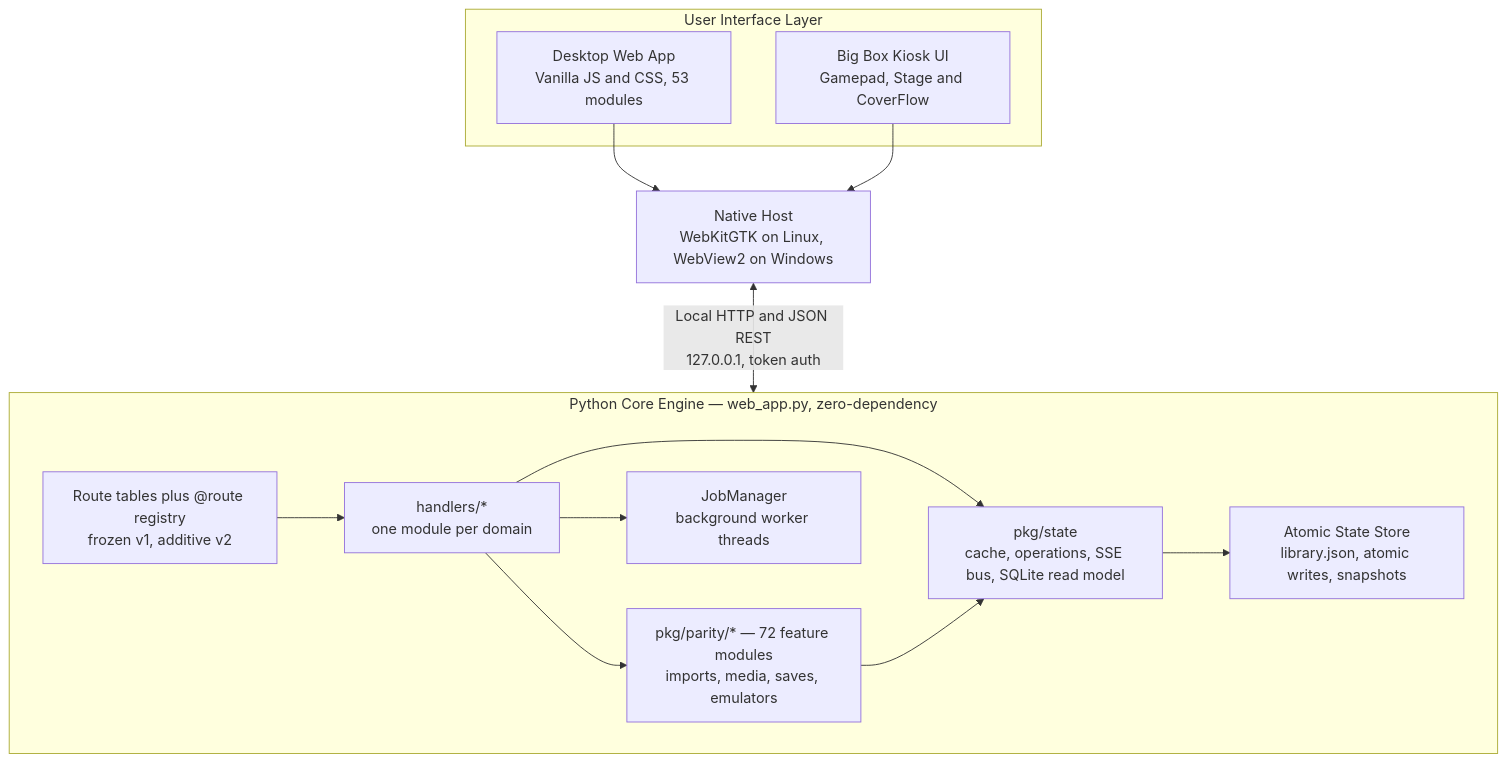
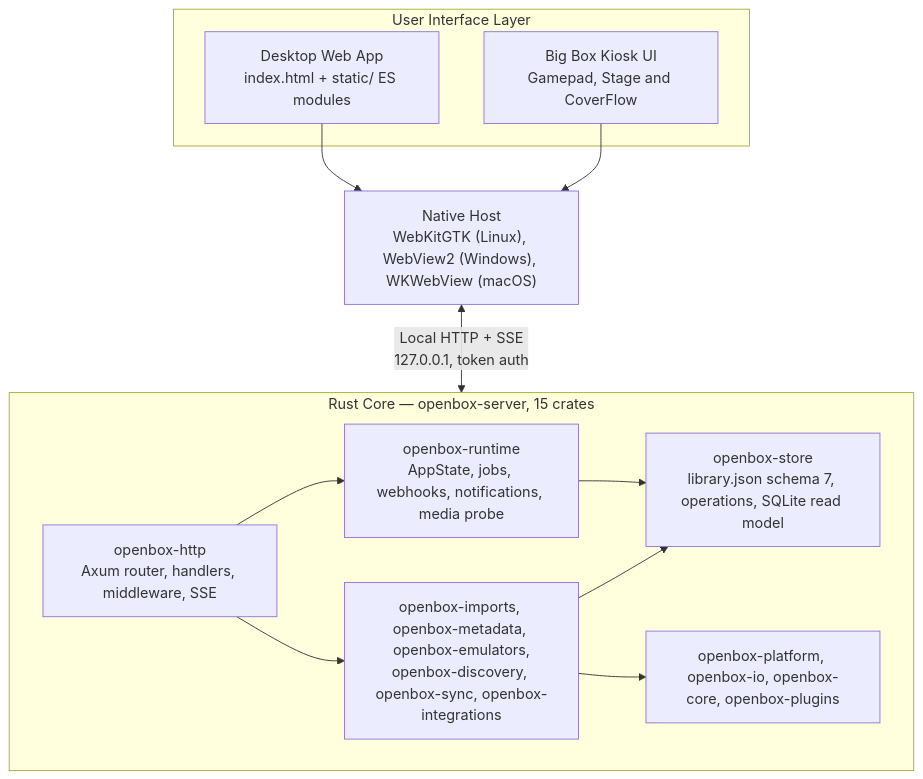
The diagram in content/docs/reference/architecture/index.md (OpenBoxGL/openboxgl.github.io), drawn with Mermaid before and after one commit. The commit also changed other lines of this file and 102 other files, not shown here.

````diff
--- a/content/docs/reference/architecture/index.md
+++ b/content/docs/reference/architecture/index.md
@@ -10,25 +10,23 @@
 ```mermaid
 flowchart TB
     subgraph UI["User Interface Layer"]
-        WebApp["Desktop Web App<br/>Vanilla JS and CSS, 53 modules"]
+        WebApp["Desktop Web App<br/>index.html + static/ ES modules"]
         BigBox["Big Box Kiosk UI<br/>Gamepad, Stage and CoverFlow"]
     end
-    NativeHost["Native Host<br/>WebKitGTK on Linux, WebView2 on Windows"]
+    NativeHost["Native Host<br/>WebKitGTK (Linux), WebView2 (Windows), WKWebView (macOS)"]
     WebApp --> NativeHost
     BigBox --> NativeHost
-    NativeHost <-->|Local HTTP and JSON REST<br/>127.0.0.1, token auth| Core
-    subgraph Core["Python Core Engine — web_app.py, zero-dependency"]
-        Router["Route tables plus @route registry<br/>frozen v1, additive v2"]
-        Handlers["handlers/*<br/>one module per domain"]
-        Jobs["JobManager<br/>background worker threads"]
-        Parity["pkg/parity/* — 72 feature modules<br/>imports, media, saves, emulators"]
-        StatePkg["pkg/state<br/>cache, operations, SSE bus, SQLite read model"]
-        Store["Atomic State Store<br/>library.json, atomic writes, snapshots"]
-        Router --> Handlers
-        Handlers --> Parity
-        Handlers --> Jobs
-        Handlers --> StatePkg
-        Parity --> StatePkg
-        StatePkg --> Store
+    NativeHost <-->|"Local HTTP + SSE<br/>127.0.0.1, token auth"| Core
+    subgraph Core["Rust Core — openbox-server, 15 crates"]
+        Http["openbox-http<br/>Axum router, handlers, middleware, SSE"]
+        Runtime["openbox-runtime<br/>AppState, jobs, webhooks, notifications, media probe"]
+        Store["openbox-store<br/>library.json schema 7, operations, SQLite read model"]
+        Domains["openbox-imports, openbox-metadata, openbox-emulators,<br/>openbox-discovery, openbox-sync, openbox-integrations"]
+        Platform["openbox-platform, openbox-io, openbox-core, openbox-plugins"]
+        Http --> Runtime
+        Http --> Domains
+        Runtime --> Store
+        Domains --> Store
+        Domains --> Platform
     end
 ```
````
